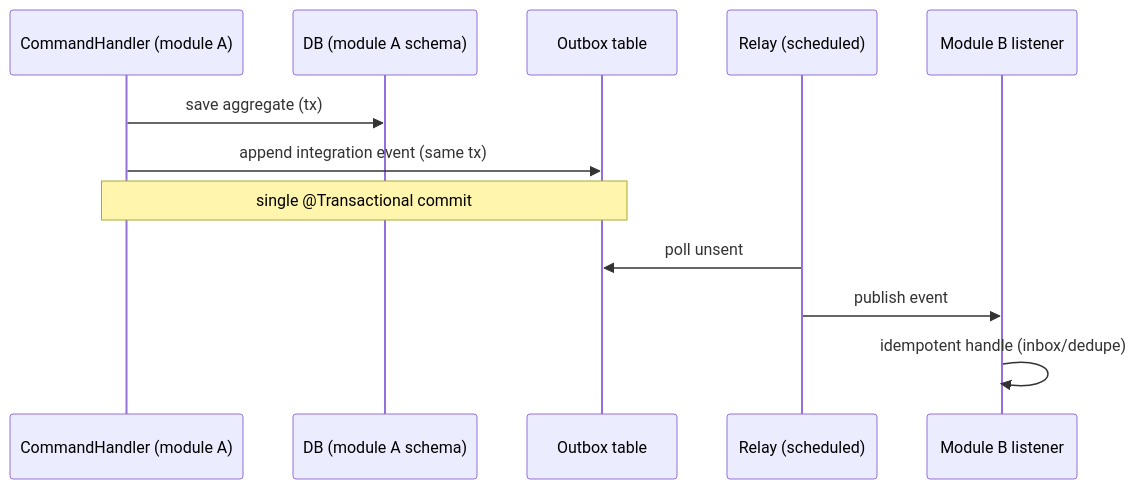
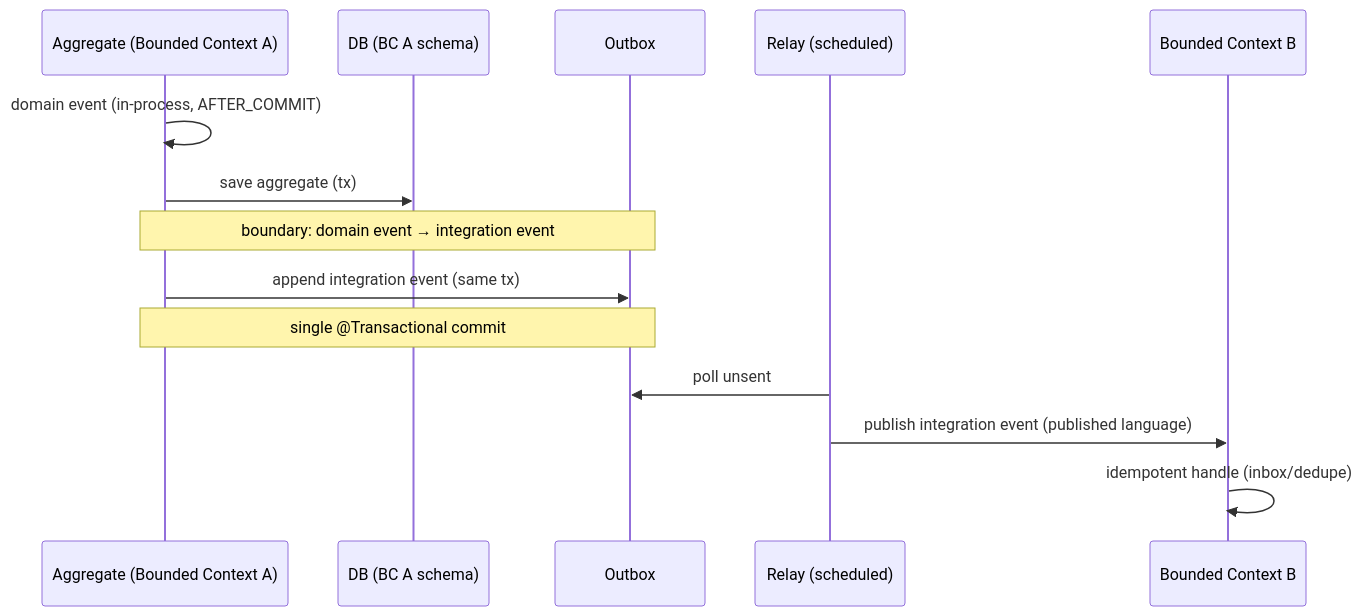
The third of 3 diagrams in docs/design/design-00001-java-ddd-template-architecture.md (ryan-alexander-zhang/ai-native-project-template), drawn with Mermaid before and after one commit. The commit also changed other lines of this file, not shown here.

First line of the commit message:
docs(design): distinguish domain vs integration events; fix DDD terminology

````diff
--- a/docs/design/design-00001-java-ddd-template-architecture.md
+++ b/docs/design/design-00001-java-ddd-template-architecture.md
@@ -147,15 +181,17 @@
 ```mermaid
 sequenceDiagram
-  participant H as CommandHandler (module A)
-  participant DB as DB (module A schema)
-  participant OB as Outbox table
+  participant AG as Aggregate (Bounded Context A)
+  participant DB as DB (BC A schema)
+  participant OB as Outbox
   participant R as Relay (scheduled)
-  participant B as Module B listener
+  participant BC as Bounded Context B
 
-  H->>DB: save aggregate (tx)
-  H->>OB: append integration event (same tx)
-  Note over H,OB: single @Transactional commit
+  AG->>AG: domain event (in-process, AFTER_COMMIT)
+  AG->>DB: save aggregate (tx)
+  Note over AG,OB: boundary: domain event → integration event
+  AG->>OB: append integration event (same tx)
+  Note over AG,OB: single @Transactional commit
   R->>OB: poll unsent
-  R->>B: publish event
-  B->>B: idempotent handle (inbox/dedupe)
+  R->>BC: publish integration event (published language)
+  BC->>BC: idempotent handle (inbox/dedupe)
 ```
````
